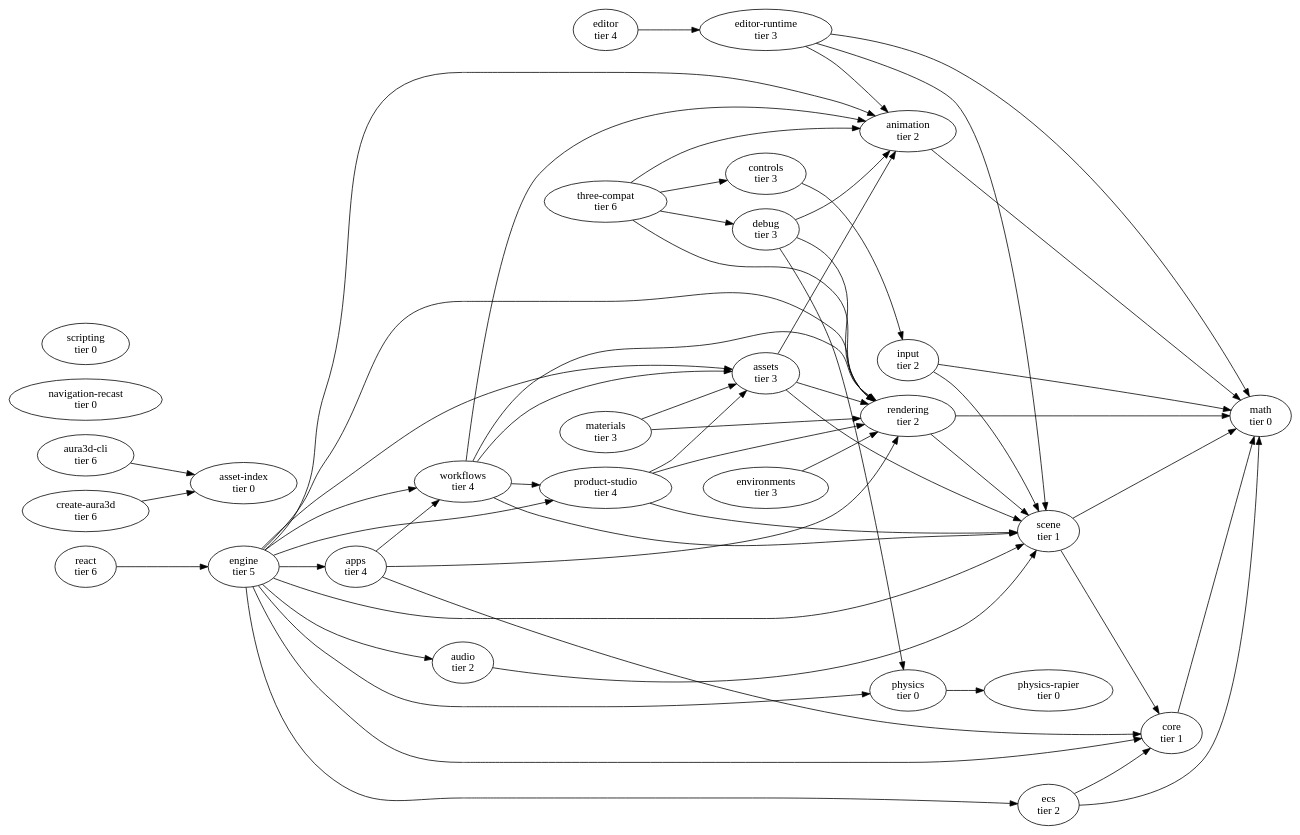
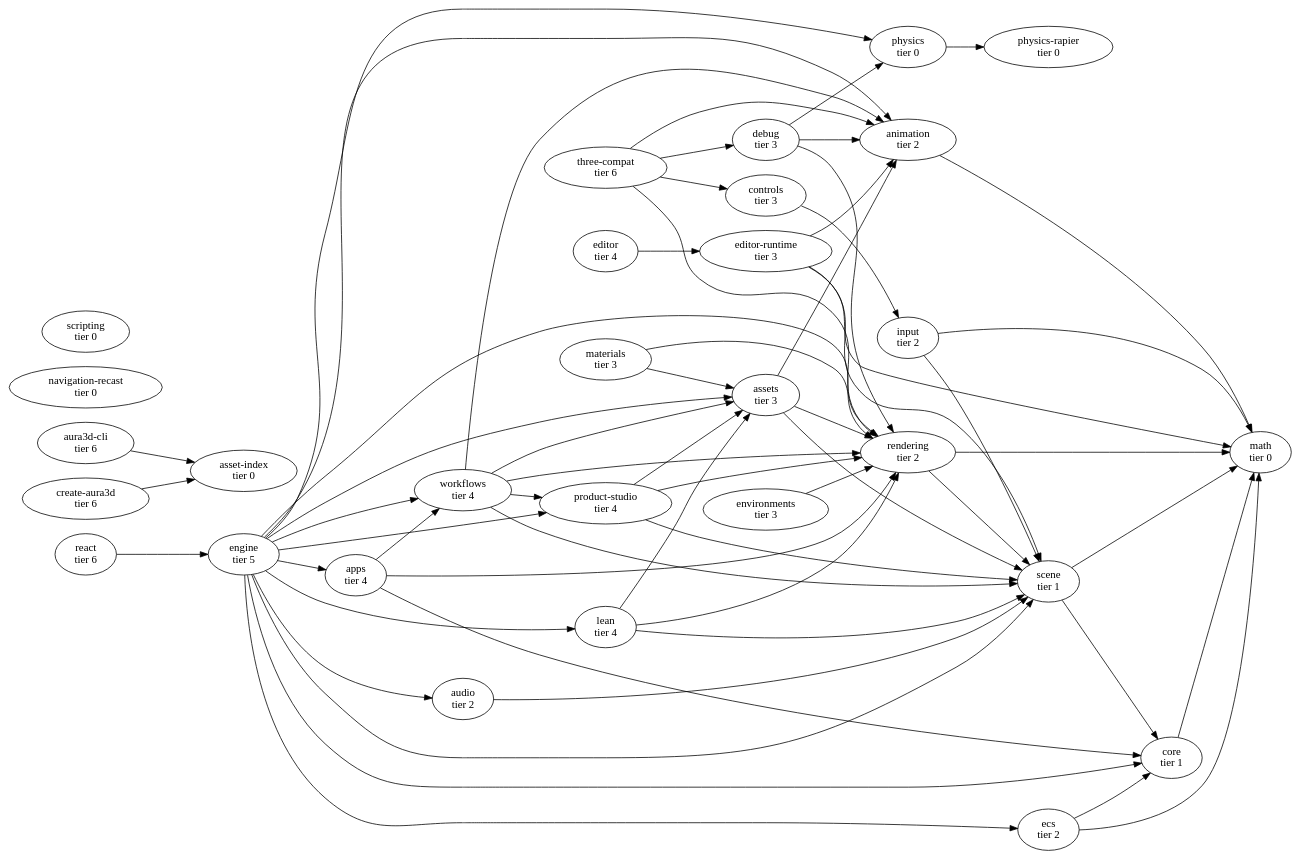
One commit to auraoneai/aura3d changed the diagram in docs/architecture/package-graph.dot. Above: the diagram before and after it, drawn with Graphviz. The commit also changed 64 other files, not shown here.

```diff
--- a/docs/architecture/package-graph.dot
+++ b/docs/architecture/package-graph.dot
@@ -1,86 +1,91 @@
 digraph aura3d {
   rankdir=LR;
   "animation" [label="animation\ntier 2"];
   "animation" -> "math";
   "apps" [label="apps\ntier 4"];
   "apps" -> "core";
   "apps" -> "rendering";
   "apps" -> "workflows";
   "asset-index" [label="asset-index\ntier 0"];
   "assets" [label="assets\ntier 3"];
   "assets" -> "animation";
   "assets" -> "rendering";
   "assets" -> "scene";
   "audio" [label="audio\ntier 2"];
   "audio" -> "scene";
   "aura3d-cli" [label="aura3d-cli\ntier 6"];
   "aura3d-cli" -> "asset-index";
   "controls" [label="controls\ntier 3"];
   "controls" -> "input";
   "core" [label="core\ntier 1"];
   "core" -> "math";
   "create-aura3d" [label="create-aura3d\ntier 6"];
   "create-aura3d" -> "asset-index";
   "debug" [label="debug\ntier 3"];
   "debug" -> "animation";
   "debug" -> "physics";
   "debug" -> "rendering";
   "ecs" [label="ecs\ntier 2"];
   "ecs" -> "core";
   "ecs" -> "math";
   "editor" [label="editor\ntier 4"];
   "editor" -> "editor-runtime";
   "editor-runtime" [label="editor-runtime\ntier 3"];
   "editor-runtime" -> "animation";
   "editor-runtime" -> "math";
   "editor-runtime" -> "scene";
   "engine" [label="engine\ntier 5"];
   "engine" -> "animation";
   "engine" -> "apps";
   "engine" -> "assets";
   "engine" -> "audio";
   "engine" -> "core";
   "engine" -> "ecs";
+  "engine" -> "lean";
   "engine" -> "physics";
   "engine" -> "product-studio";
   "engine" -> "rendering";
   "engine" -> "scene";
   "engine" -> "workflows";
   "environments" [label="environments\ntier 3"];
   "environments" -> "rendering";
   "input" [label="input\ntier 2"];
   "input" -> "math";
   "input" -> "scene";
+  "lean" [label="lean\ntier 4"];
+  "lean" -> "assets";
+  "lean" -> "rendering";
+  "lean" -> "scene";
   "materials" [label="materials\ntier 3"];
   "materials" -> "assets";
   "materials" -> "rendering";
   "math" [label="math\ntier 0"];
   "navigation-recast" [label="navigation-recast\ntier 0"];
   "physics" [label="physics\ntier 0"];
   "physics" -> "physics-rapier";
   "physics-rapier" [label="physics-rapier\ntier 0"];
   "product-studio" [label="product-studio\ntier 4"];
   "product-studio" -> "assets";
   "product-studio" -> "rendering";
   "product-studio" -> "scene";
   "react" [label="react\ntier 6"];
   "react" -> "engine";
   "rendering" [label="rendering\ntier 2"];
   "rendering" -> "math";
   "rendering" -> "scene";
   "scene" [label="scene\ntier 1"];
   "scene" -> "core";
   "scene" -> "math";
   "scripting" [label="scripting\ntier 0"];
   "three-compat" [label="three-compat\ntier 6"];
   "three-compat" -> "animation";
   "three-compat" -> "controls";
   "three-compat" -> "debug";
   "three-compat" -> "rendering";
   "workflows" [label="workflows\ntier 4"];
   "workflows" -> "animation";
   "workflows" -> "assets";
   "workflows" -> "product-studio";
   "workflows" -> "rendering";
   "workflows" -> "scene";
 }
```
